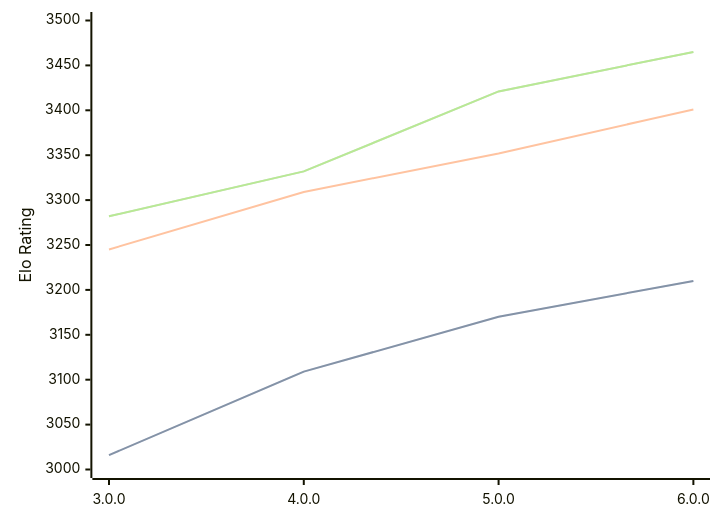
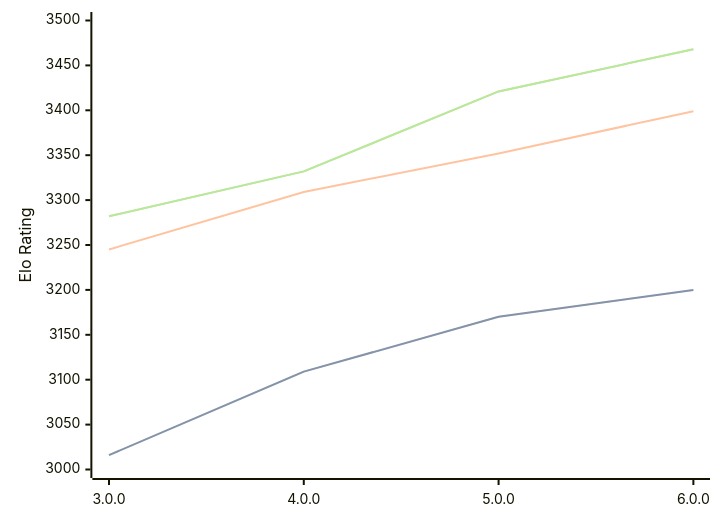
Before and after one commit to computer-chess-index/cci: the diagram in engines/Minke.md, drawn with Mermaid. The commit also changed other lines of this file, not shown here.

Commit message:
Update CCI Ratings (ELO VLTC) - 2026-04-29

````diff
--- a/engines/Minke.md
+++ b/engines/Minke.md
@@ -36,11 +36,11 @@
 ```mermaid
 %%{init: {"theme":"base","themeVariables":{"seriesColors:['#a3a3a3','#222221','#faa371']}}}%%
 xychart-beta
   x-axis ["3.0.0", "4.0.0", "5.0.0", "6.0.0"]
   y-axis "Elo Rating" 3000 --> 3500
-  line "STC (8.0+0.08s)" [3016, 3109, 3170, 3210]
-  line "STC (8.0+0.08s)" [3016, 3109, 3170, 3210]
-  line "LTC (60.0+0.60s)" [3245, 3309, 3352, 3401]
-  line "VLTC (2m24s+1.12s)" [3282, 3332, 3421, 3465]
-  line "VLTC (2m24s+1.12s)" [3282, 3332, 3421, 3465]
+  line "STC (8.0+0.08s)" [3016, 3109, 3170, 3200]
+  line "STC (8.0+0.08s)" [3016, 3109, 3170, 3200]
+  line "LTC (60.0+0.60s)" [3245, 3309, 3352, 3399]
+  line "VLTC (2m24s+1.12s)" [3282, 3332, 3421, 3468]
+  line "VLTC (2m24s+1.12s)" [3282, 3332, 3421, 3468]
 ```
````
